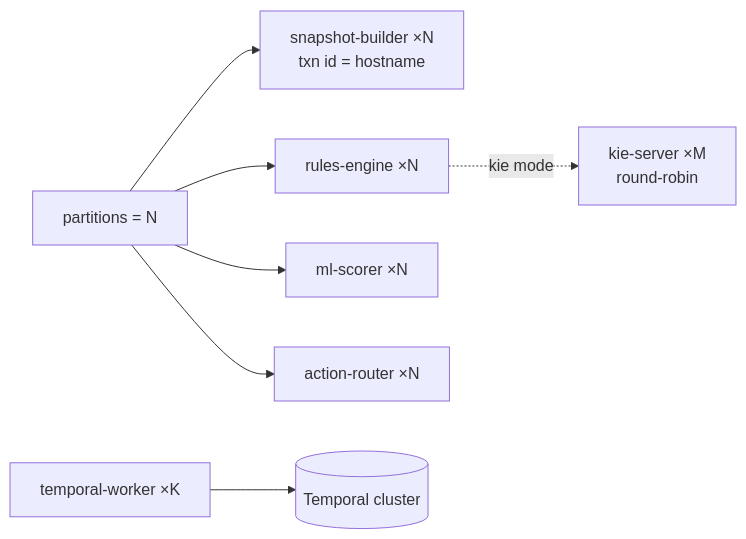
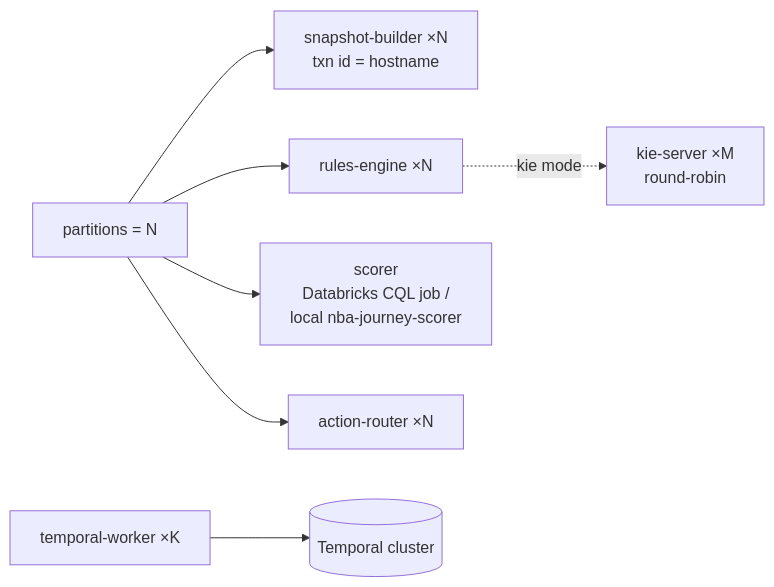
One commit to joshuadmatthews/nba-poc changed the diagram in nba/docs/10-scaling-throughput.md. Above: the diagram before and after it, drawn with Mermaid. The commit also changed other lines of this file and 14 other files, not shown here.

````diff
--- a/nba/docs/10-scaling-throughput.md
+++ b/nba/docs/10-scaling-throughput.md
@@ -19,9 +33,9 @@
 ```mermaid
 flowchart LR
     P[partitions = N] --> SB[snapshot-builder ×N<br/>txn id = hostname]
     P --> RU[rules-engine ×N]
-    P --> ML[ml-scorer ×N]
+    P --> SC[scorer<br/>Databricks CQL job /<br/>local nba-journey-scorer]
     P --> AR[action-router ×N]
     RU -.kie mode.-> KIE[kie-server ×M<br/>round-robin]
     TW[temporal-worker ×K] --> TMP[(Temporal cluster)]
 ```
````
